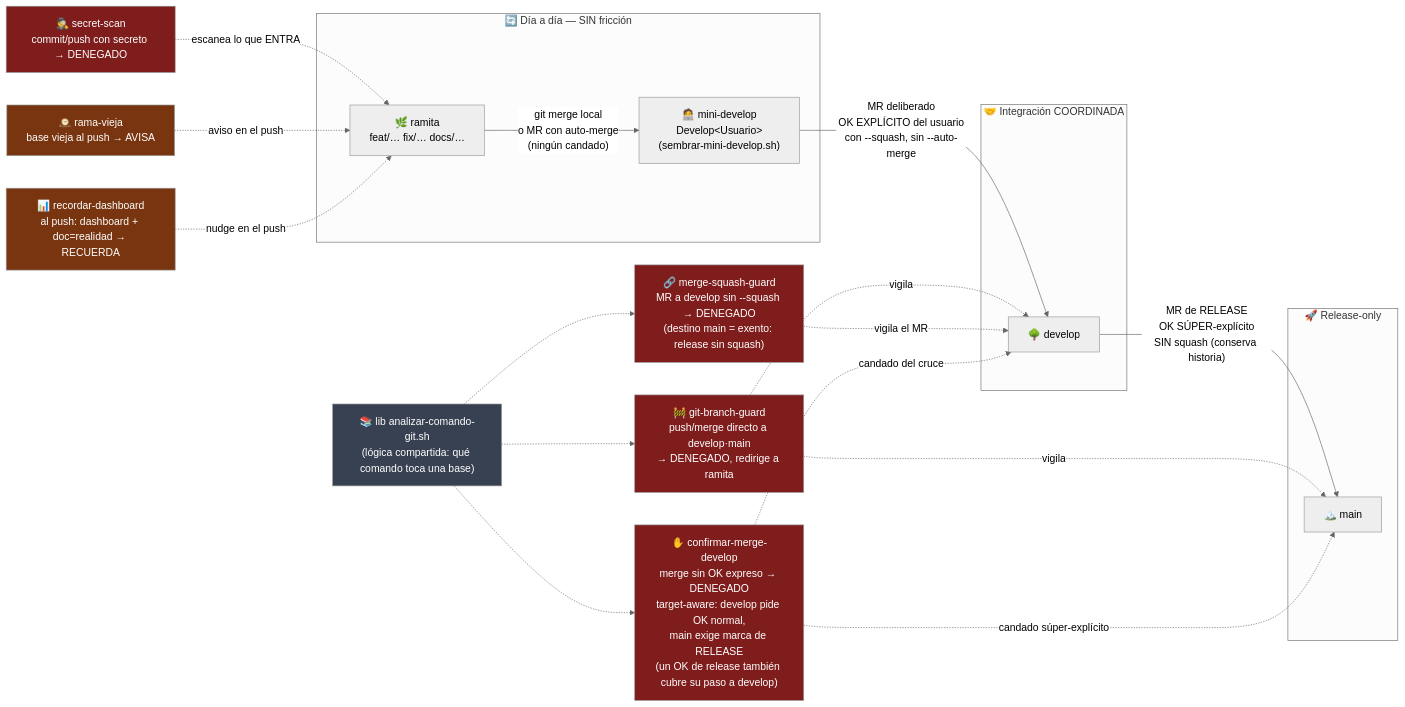
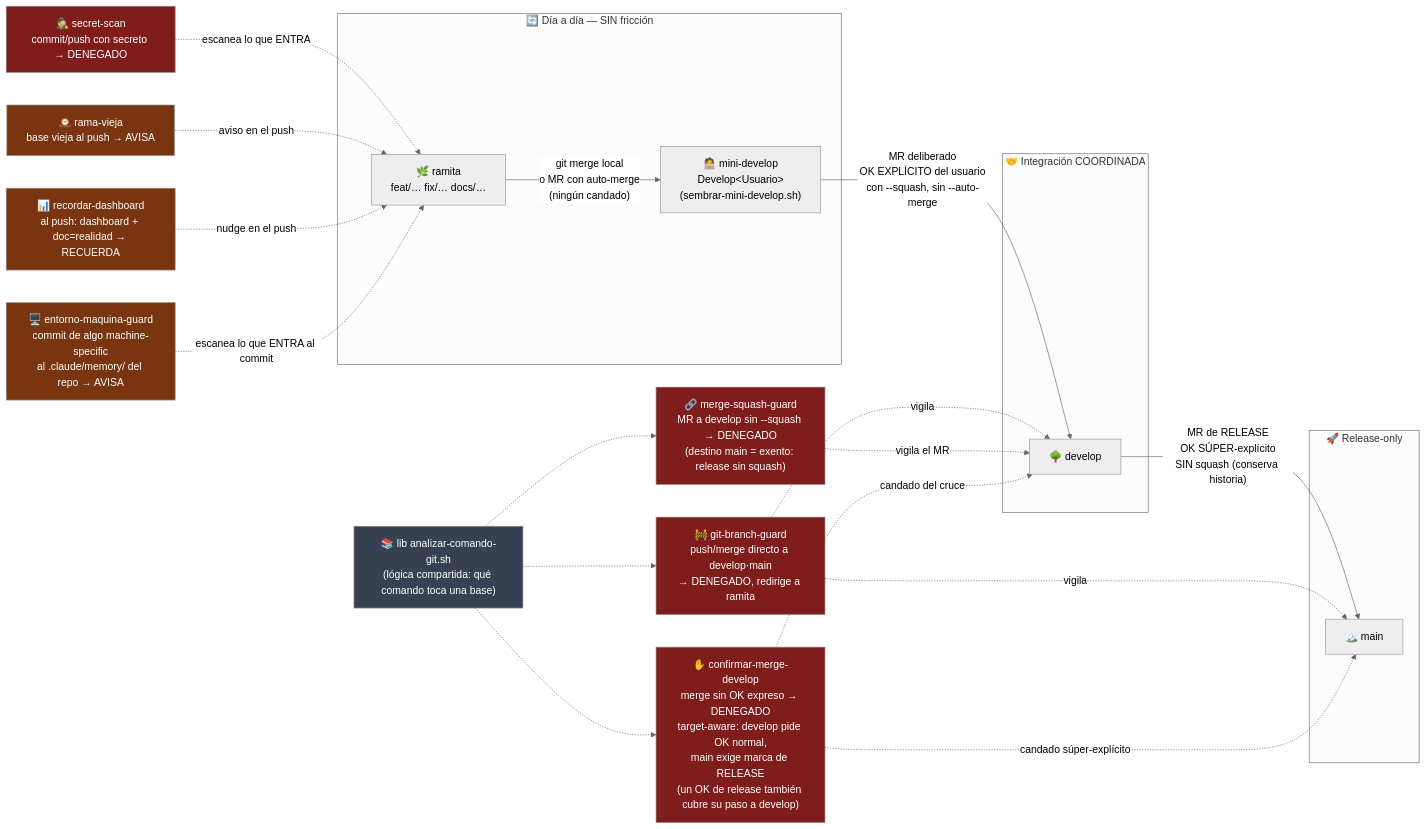
Before and after one commit to unjordi/claude-quota-widget: the first of 4 diagrams in docs/mapa-cerebro.md, drawn with Mermaid (neutral theme). The commit also changed other lines of this file and 12 other files, not shown here.

````diff
--- a/docs/mapa-cerebro.md
+++ b/docs/mapa-cerebro.md
@@ -24,47 +24,50 @@
 ```mermaid
 flowchart LR
     subgraph dia["🔄 Día a día — SIN fricción"]
         RAMITA["🌿 ramita<br/>feat/… fix/… docs/…"]
         MINI["🧑‍💻 mini-develop<br/>Develop&lt;Usuario&gt;<br/>(sembrar-mini-develop.sh)"]
         RAMITA -->|"git merge local<br/>o MR con auto-merge<br/>(ningún candado)"| MINI
     end
 
     subgraph coordinado["🤝 Integración COORDINADA"]
         DEVELOP["🌳 develop"]
     end
 
     subgraph release["🚀 Release-only"]
         MAIN["🏔️ main"]
     end
 
     MINI -->|"MR deliberado<br/>OK EXPLÍCITO del usuario<br/>con --squash, sin --auto-merge"| DEVELOP
     DEVELOP -->|"MR de RELEASE<br/>OK SÚPER-explícito<br/>SIN squash (conserva historia)"| MAIN
 
     GBG["🚧 git-branch-guard<br/>push/merge directo a develop·main<br/>→ DENEGADO, redirige a ramita"]
     MSG["🔗 merge-squash-guard<br/>MR a develop sin --squash → DENEGADO<br/>(destino main = exento: release sin squash)"]
     CMD["✋ confirmar-merge-develop<br/>merge sin OK expreso → DENEGADO<br/>target-aware: develop pide OK normal,<br/>main exige marca de RELEASE<br/>(un OK de release también cubre su paso a develop)"]
     SS["🕵️ secret-scan<br/>commit/push con secreto → DENEGADO"]
     RV["🕰️ rama-vieja<br/>base vieja al push → AVISA"]
     RD["📊 recordar-dashboard<br/>al push: dashboard + doc=realidad → RECUERDA"]
+    EMG["🖥️ entorno-maquina-guard<br/>commit de algo machine-specific<br/>al .claude/memory/ del repo → AVISA"]
     LIB["📚 lib analizar-comando-git.sh<br/>(lógica compartida: qué comando toca una base)"]
 
     GBG -.->|vigila| DEVELOP
     GBG -.->|vigila| MAIN
     MSG -.->|vigila el MR| DEVELOP
     CMD -.->|candado del cruce| DEVELOP
     CMD -.->|candado súper-explícito| MAIN
     SS -.->|escanea lo que ENTRA| RAMITA
     RV -.->|aviso en el push| RAMITA
     RD -.->|nudge en el push| RAMITA
+    EMG -.->|escanea lo que ENTRA al commit| RAMITA
     LIB -.-> GBG
     LIB -.-> MSG
     LIB -.-> CMD
 
     style GBG fill:#7f1d1d,color:#fff
     style MSG fill:#7f1d1d,color:#fff
     style CMD fill:#7f1d1d,color:#fff
     style SS fill:#7f1d1d,color:#fff
     style RV fill:#78350f,color:#fff
     style RD fill:#78350f,color:#fff
+    style EMG fill:#78350f,color:#fff
     style LIB fill:#374151,color:#fff
 ```
````
